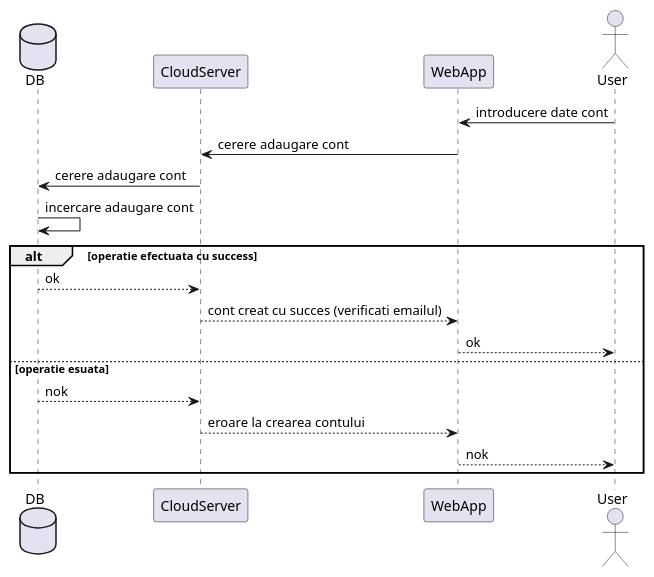
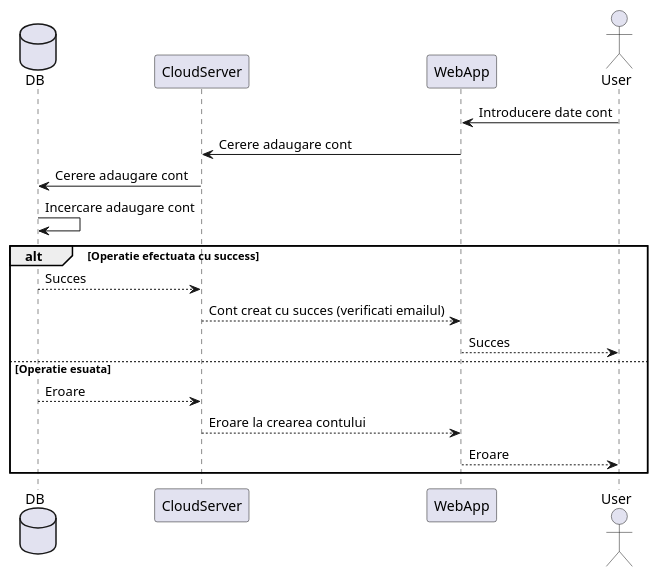
One commit to BVasi/ProiectIP changed the diagram in Sequence_DG/WebApp/adaugare_pacienti.plantuml. Above: the diagram before and after it, drawn with PlantUML. The commit also changed 12 other files, not shown here.

Commit message:
Modificare diagrame

```diff
--- a/Sequence_DG/WebApp/adaugare_pacienti.plantuml
+++ b/Sequence_DG/WebApp/adaugare_pacienti.plantuml
@@ -1,23 +1,23 @@
-@startuml adaugare_pacienti
+@startuml Adaugare_pacienti
 
 database DB
 participant CloudServer
 participant WebApp
 actor User
 
-User -> WebApp: introducere date cont
-WebApp -> CloudServer: cerere adaugare cont
-CloudServer -> DB: cerere adaugare cont
-DB -> DB: incercare adaugare cont
+User -> WebApp: Introducere date cont
+WebApp -> CloudServer: Cerere adaugare cont
+CloudServer -> DB: Cerere adaugare cont
+DB -> DB: Incercare adaugare cont
 
-alt operatie efectuata cu success
-    DB --> CloudServer: ok
-    CloudServer --> WebApp: cont creat cu succes (verificati emailul)
-    WebApp --> User: ok
-else operatie esuata
-    DB --> CloudServer: nok
-    CloudServer --> WebApp: eroare la crearea contului
-    WebApp --> User: nok
+alt Operatie efectuata cu success
+    DB --> CloudServer: Succes
+    CloudServer --> WebApp: Cont creat cu succes (verificati emailul)
+    WebApp --> User: Succes
+else Operatie esuata
+    DB --> CloudServer: Eroare
+    CloudServer --> WebApp: Eroare la crearea contului
+    WebApp --> User: Eroare
 end
 
 @enduml
```
